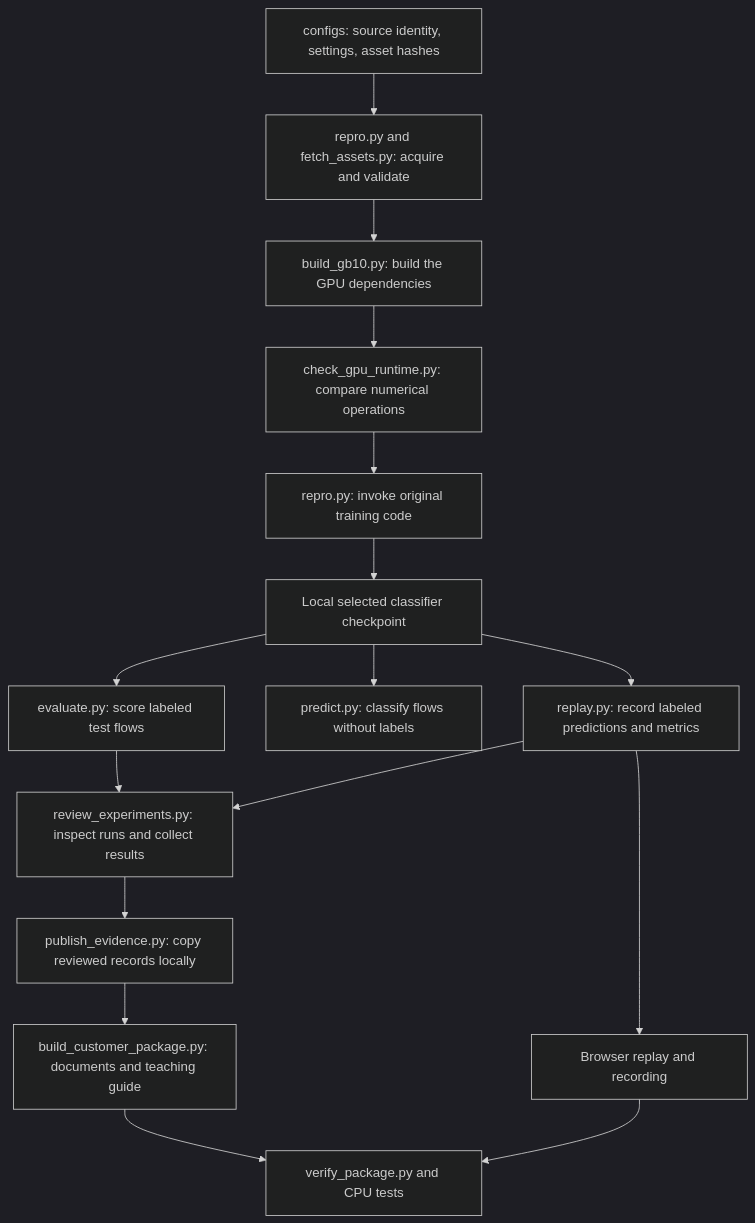
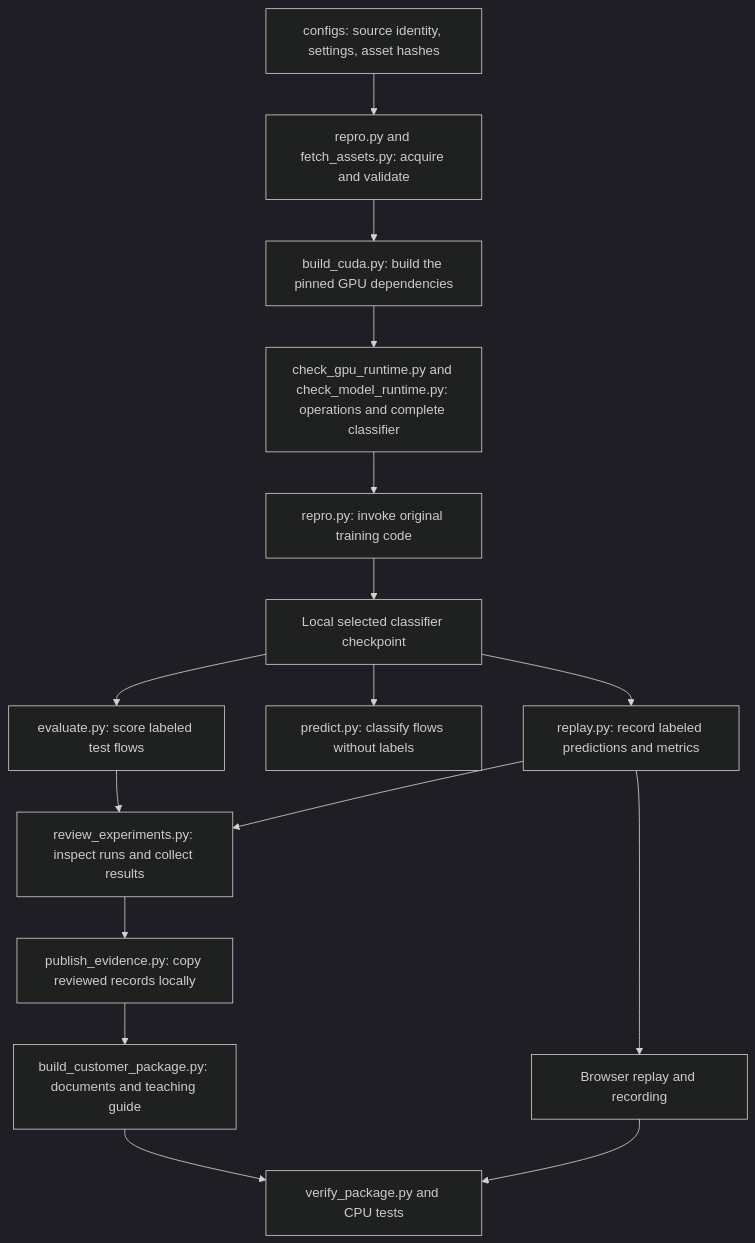
The diagram in docs/repository-walkthrough.md (buffbeefalo/netmambaplus-reproduction), drawn with Mermaid (dark theme) before and after one commit. The commit also changed other lines of this file and 146 other files, not shown here.

````diff
--- a/docs/repository-walkthrough.md
+++ b/docs/repository-walkthrough.md
@@ -28,18 +30,18 @@
 ```mermaid
 flowchart TD
     A[configs: source identity, settings, asset hashes] --> B[repro.py and fetch_assets.py: acquire and validate]
-    B --> C[build_gb10.py: build the GPU dependencies]
-    C --> D[check_gpu_runtime.py: compare numerical operations]
+    B --> C[build_cuda.py: build the pinned GPU dependencies]
+    C --> D[check_gpu_runtime.py and check_model_runtime.py: operations and complete classifier]
     D --> E[repro.py: invoke original training code]
     E --> F[Local selected classifier checkpoint]
     F --> G[evaluate.py: score labeled test flows]
     F --> H[predict.py: classify flows without labels]
     F --> I[replay.py: record labeled predictions and metrics]
     G --> J[review_experiments.py: inspect runs and collect results]
     I --> J
     J --> K[publish_evidence.py: copy reviewed records locally]
     K --> L[build_customer_package.py: documents and teaching guide]
     I --> M[Browser replay and recording]
     L --> N[verify_package.py and CPU tests]
     M --> N
 ```
````
